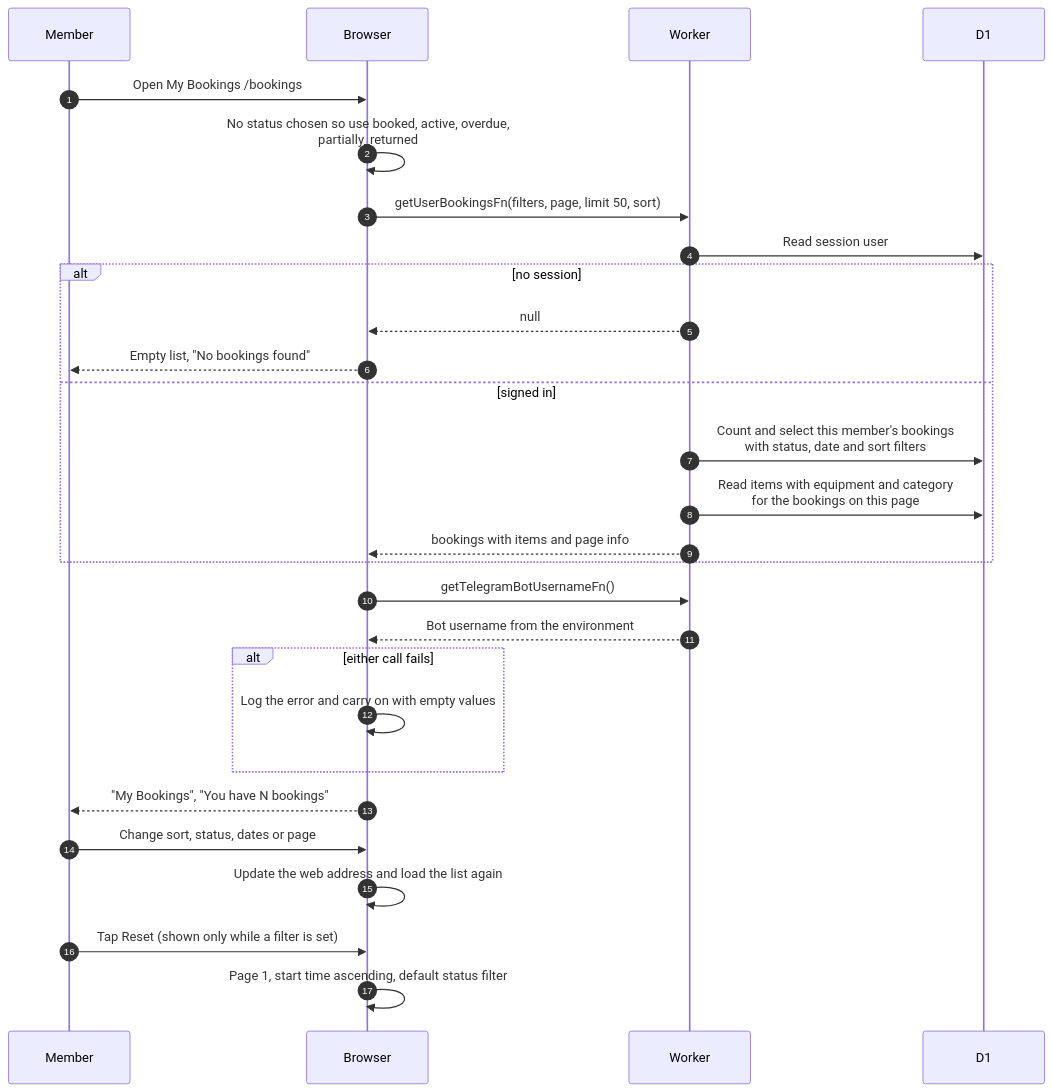
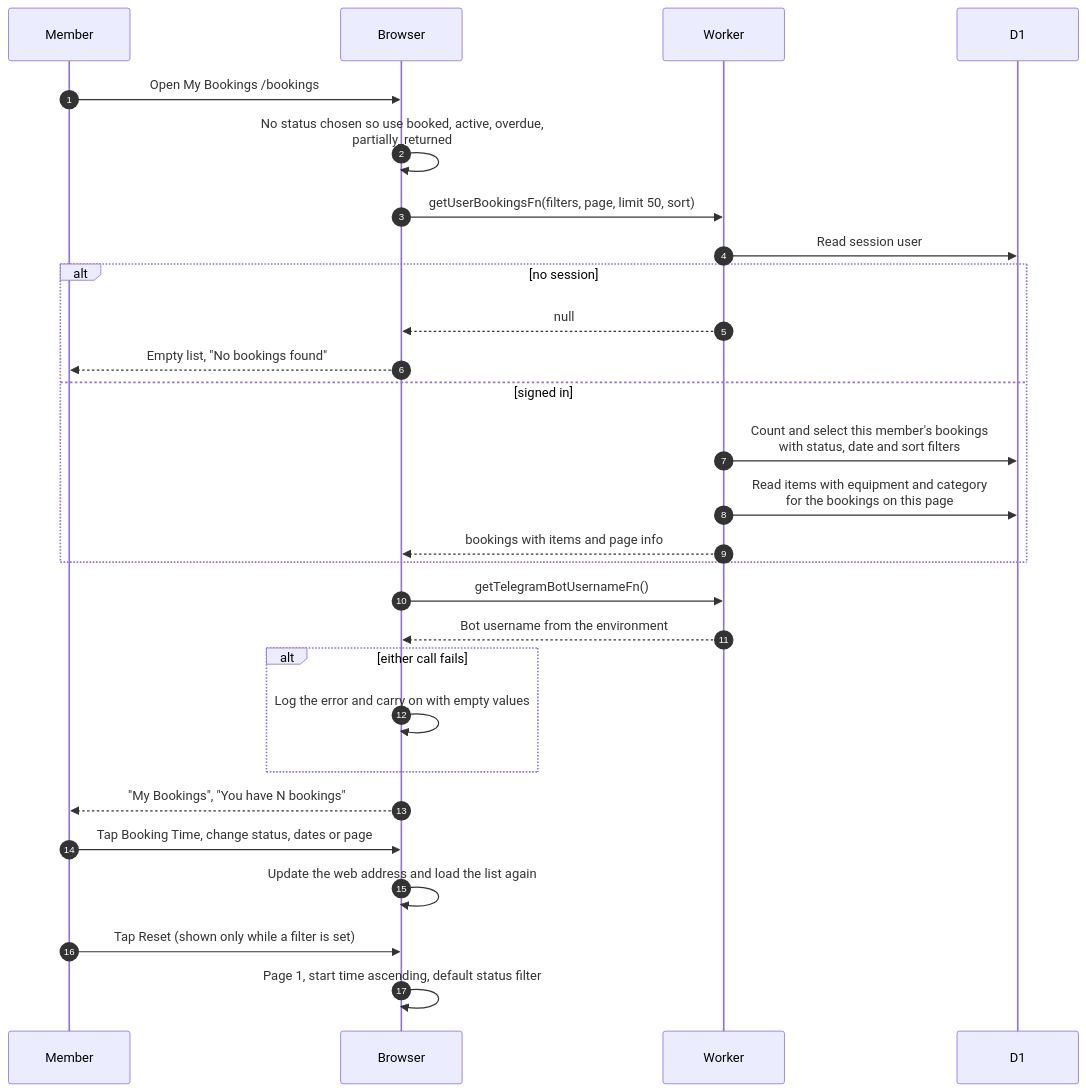
One commit to sagyzdop/meriksirat changed the diagram in docs/scenarios/bookings/my-bookings-list.md. Above: the diagram before and after it, drawn with Mermaid. The commit also changed other lines of this file and 17 other files, not shown here.

Commit message:
docs(scenarios): verify bookings diagrams against the code

````diff
--- a/docs/scenarios/bookings/my-bookings-list.md
+++ b/docs/scenarios/bookings/my-bookings-list.md
@@ -29,30 +36,30 @@
 ```mermaid
 sequenceDiagram
     autonumber
     participant M as Member
     participant B as Browser
     participant W as Worker
     participant D as D1
     M->>B: Open My Bookings /bookings
     B->>B: No status chosen so use booked, active, overdue,<br/>partially_returned
     B->>W: getUserBookingsFn(filters, page, limit 50, sort)
     W->>D: Read session user
     alt no session
         W-->>B: null
         B-->>M: Empty list, "No bookings found"
     else signed in
         W->>D: Count and select this member's bookings<br/>with status, date and sort filters
         W->>D: Read items with equipment and category<br/>for the bookings on this page
         W-->>B: bookings with items and page info
     end
     B->>W: getTelegramBotUsernameFn()
     W-->>B: Bot username from the environment
     alt either call fails
         B->>B: Log the error and carry on with empty values
     end
     B-->>M: "My Bookings", "You have N bookings"
-    M->>B: Change sort, status, dates or page
+    M->>B: Tap Booking Time, change status, dates or page
     B->>B: Update the web address and load the list again
     M->>B: Tap Reset (shown only while a filter is set)
     B->>B: Page 1, start time ascending, default status filter
 ```
````
